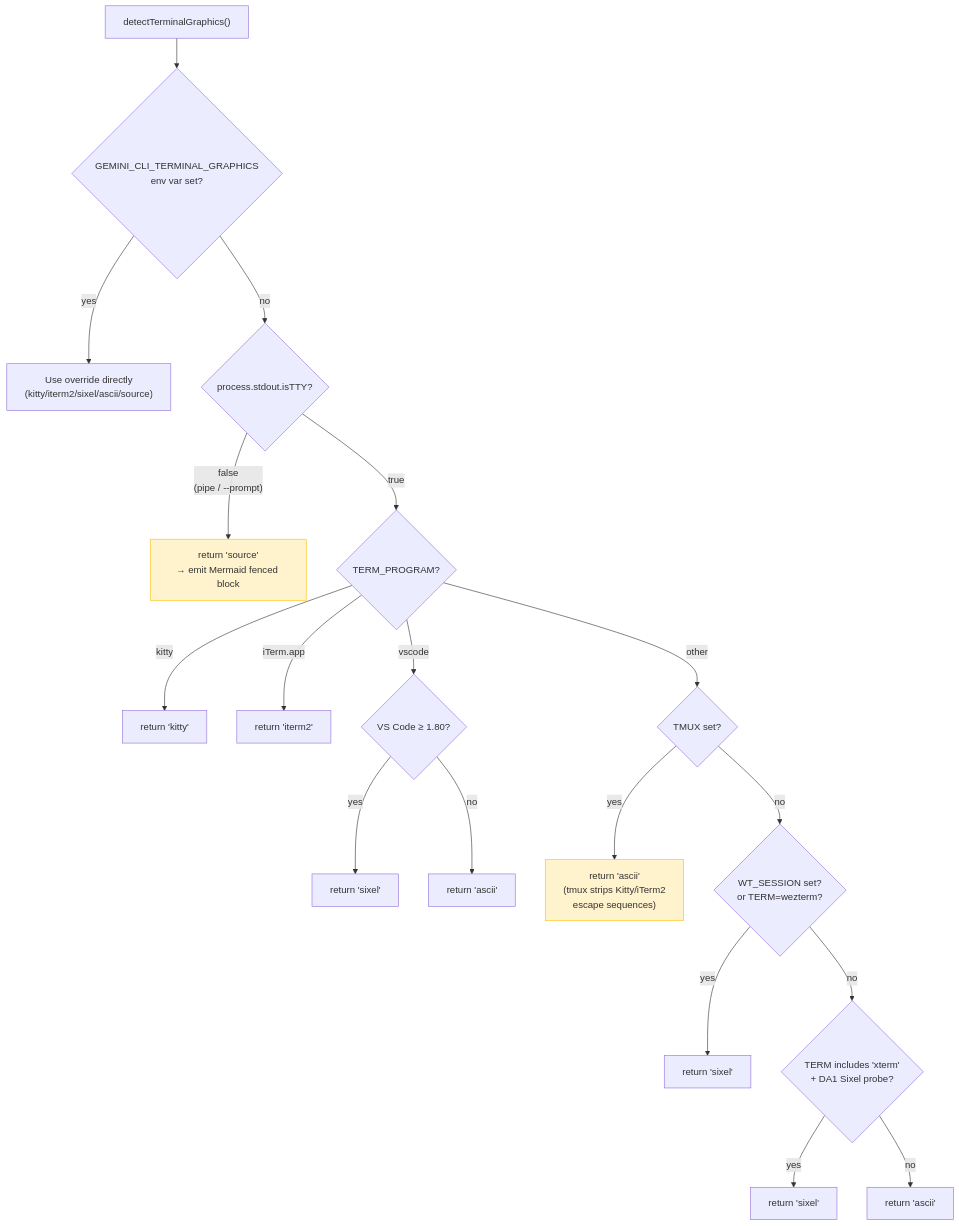
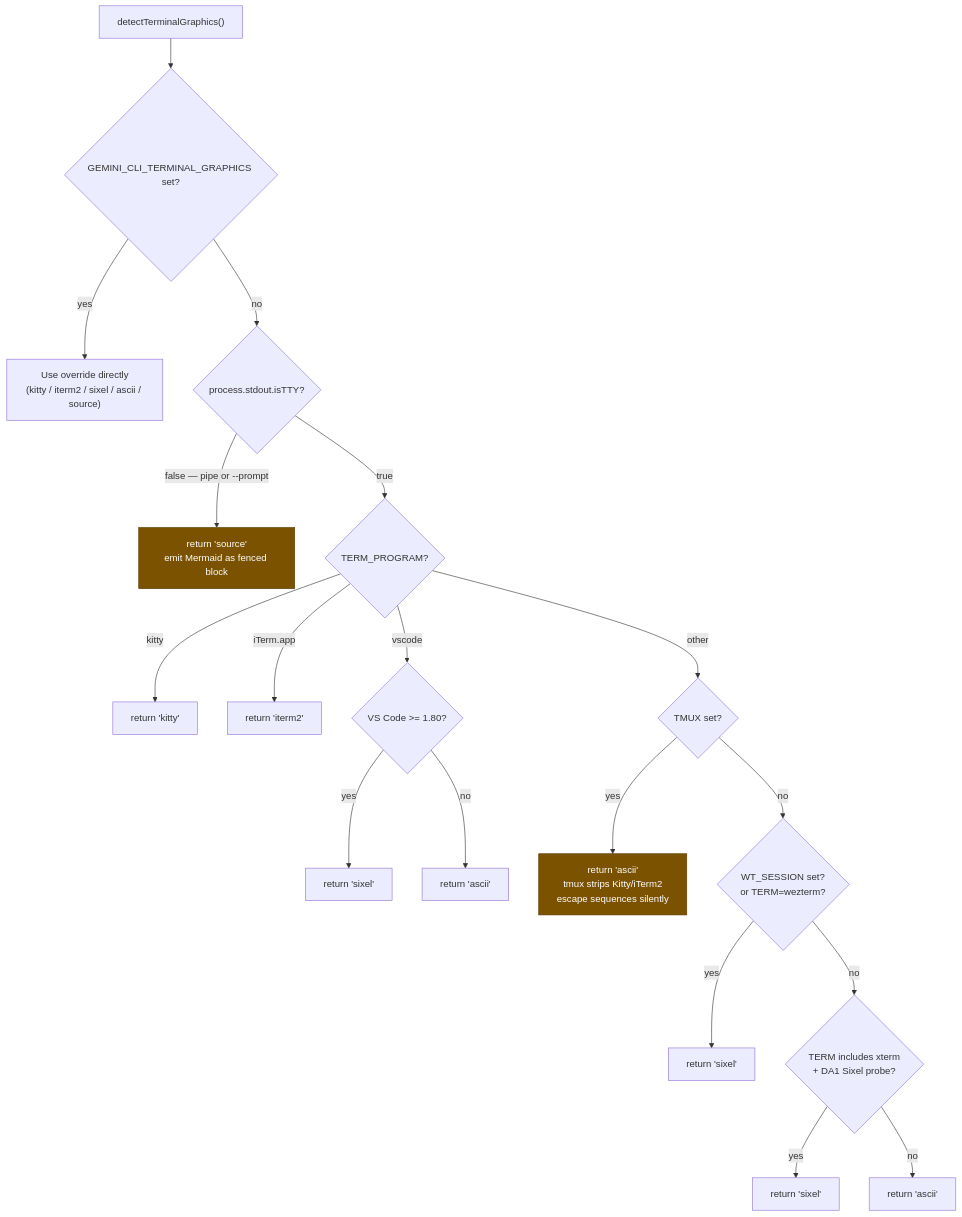
The seventh of 11 diagrams in docs/local/gsoc-proposal-visualization-v2.md (muddlebee/gemini-cli), drawn with Mermaid before and after one commit. The commit also changed other lines of this file, not shown here.

Commit message:
refactor(docs): enhance Mermaid diagrams for clarity and consistency in GSoC proposal

````diff
--- a/docs/local/gsoc-proposal-visualization-v2.md
+++ b/docs/local/gsoc-proposal-visualization-v2.md
@@ -271,24 +271,24 @@
 ```mermaid
 flowchart TD
     A["detectTerminalGraphics()"]
-    A --> B{"GEMINI_CLI_TERMINAL_GRAPHICS\nenv var set?"}
-    B -- "yes" --> C["Use override directly\n(kitty/iterm2/sixel/ascii/source)"]
+    A --> B{"GEMINI_CLI_TERMINAL_GRAPHICS set?"}
+    B -- "yes" --> C["Use override directly<br/>(kitty / iterm2 / sixel / ascii / source)"]
     B -- "no" --> D{"process.stdout.isTTY?"}
-    D -- "false\n(pipe / --prompt)" --> E["return 'source'\n→ emit Mermaid fenced block"]
+    D -- "false — pipe or --prompt" --> E["return 'source'<br/>emit Mermaid as fenced block"]
     D -- "true" --> F{"TERM_PROGRAM?"}
     F -- "kitty" --> G["return 'kitty'"]
     F -- "iTerm.app" --> H["return 'iterm2'"]
-    F -- "vscode" --> I{"VS Code ≥ 1.80?"}
+    F -- "vscode" --> I{"VS Code >= 1.80?"}
     I -- "yes" --> J["return 'sixel'"]
     I -- "no" --> K["return 'ascii'"]
     F -- "other" --> L{"TMUX set?"}
-    L -- "yes" --> M["return 'ascii'\n(tmux strips Kitty/iTerm2\nescape sequences)"]
-    L -- "no" --> N{"WT_SESSION set?\nor TERM=wezterm?"}
+    L -- "yes" --> M["return 'ascii'<br/>tmux strips Kitty/iTerm2<br/>escape sequences silently"]
+    L -- "no" --> N{"WT_SESSION set?<br/>or TERM=wezterm?"}
     N -- "yes" --> O["return 'sixel'"]
-    N -- "no" --> P{"TERM includes 'xterm'\n+ DA1 Sixel probe?"}
+    N -- "no" --> P{"TERM includes xterm<br/>+ DA1 Sixel probe?"}
     P -- "yes" --> Q["return 'sixel'"]
     P -- "no" --> R["return 'ascii'"]
 
-    style E fill:#fff3cd,stroke:#ffc107
-    style M fill:#fff3cd,stroke:#ffc107
+    style E fill:#7a5200,color:#ffffff,stroke:#5a3c00
+    style M fill:#7a5200,color:#ffffff,stroke:#5a3c00
 ```
````
